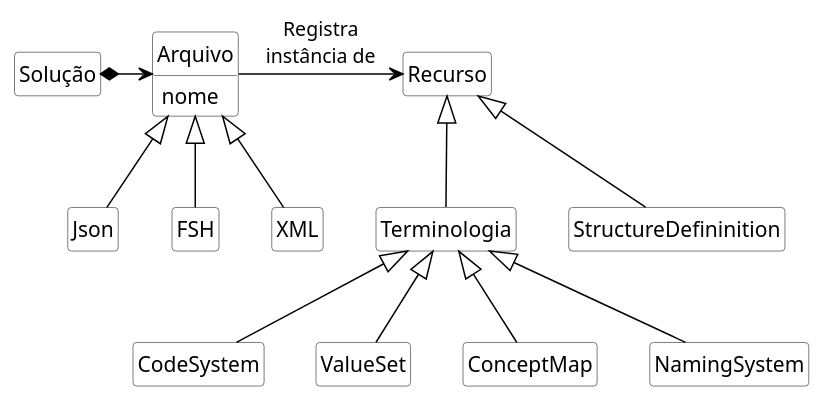
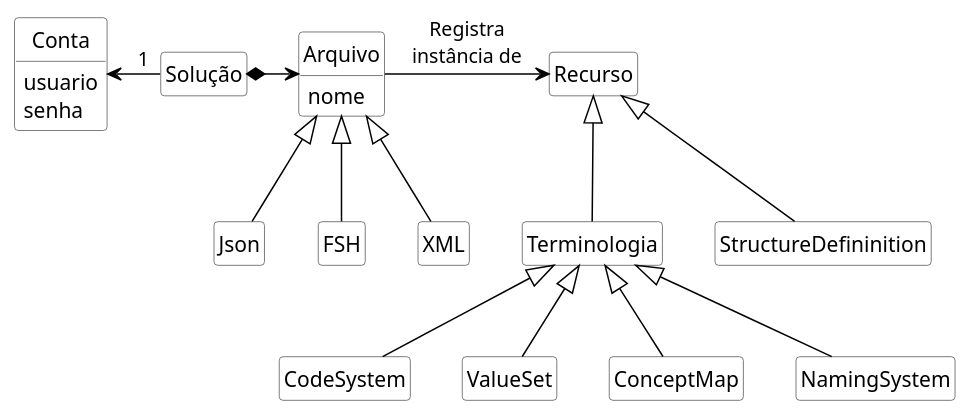
One commit to rnds-tools/gui changed the diagram in diagramas/dominio.puml. Above: the diagram before and after it, drawn with PlantUML.

```diff
--- a/diagramas/dominio.puml
+++ b/diagramas/dominio.puml
@@ -1,64 +1,70 @@
 @startuml dominio
 
 hide circle
 hide methods
 hide empty members
 
 skinparam class {
     BackgroundColor White
     ArrowColor Black
     BorderColor #505050
+}
+
+class Conta {
+    usuario
+    senha
 }
 
 class Solução {
 }
 
 class Arquivo {
     nome
 }
 
 class Json {
 }
 
 class FSH {
 }
 
 class XML {
 }
 
 class Recurso {
 }
 
 class Terminologia {
 }
 
 class CodeSystem {
 }
 
 class ValueSet {
 }
 
 class ConceptMap {
 }
 
 class NamingSystem {
 }
 
 class StructureDefininition {
 }
 
 Terminologia -up-|> Recurso
 StructureDefininition -up-|> Recurso
 CodeSystem -up-|> Terminologia
 ValueSet -up-|> Terminologia
 ConceptMap -up-|> Terminologia
 NamingSystem -up-|> Terminologia
 
 Arquivo -right-> Recurso : "Registra\ninstância de"
 Solução *-right-> Arquivo
+Solução "1" -left-> Conta
 
 XML -up-|> Arquivo
 Json -up-|> Arquivo
 FSH -up-|> Arquivo
 
 @enduml
```
